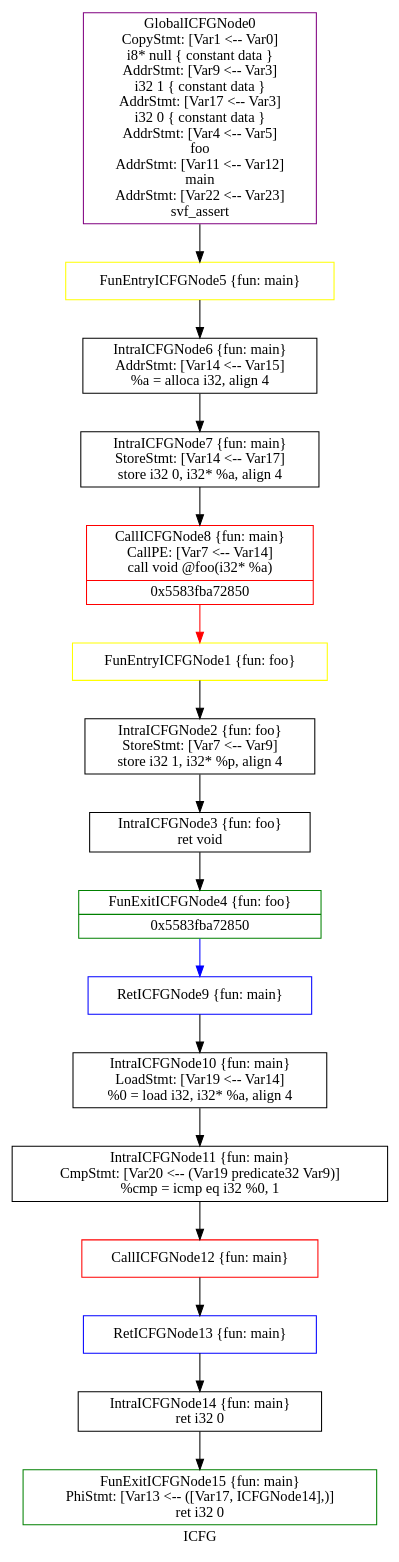
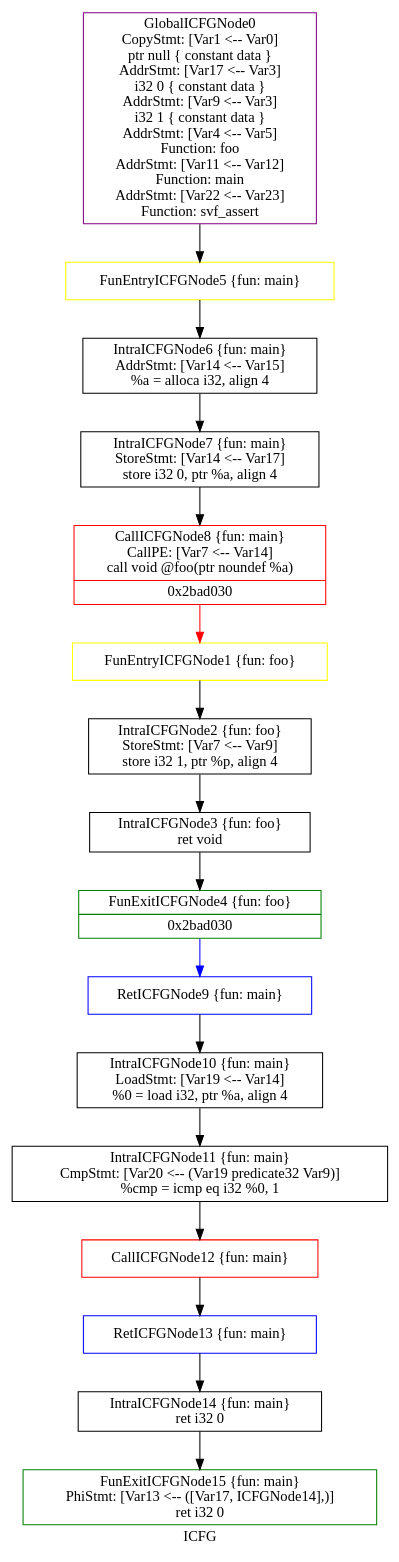
One commit to SVF-tools/Teaching-Software-Verification changed the diagram in Assignment-2/testcase/dot/test2.ll.icfg.dot. Above: the diagram before and after it, drawn with Graphviz. The commit also changed 14 other files, not shown here.

```diff
--- a/Assignment-2/testcase/dot/test2.ll.icfg.dot
+++ b/Assignment-2/testcase/dot/test2.ll.icfg.dot
@@ -1,35 +1,35 @@
 digraph "ICFG" {
 	label="ICFG";
 
-	Node0x5583fba82490 [shape=record,color=green,label="{FunExitICFGNode15 \{fun: main\}\nPhiStmt: [Var13 \<-- ([Var17, ICFGNode14],)]  \n   ret i32 0 }"];
-	Node0x5583fba822b0 [shape=record,color=black,label="{IntraICFGNode14 \{fun: main\}\n   ret i32 0 }"];
-	Node0x5583fba822b0 -> Node0x5583fba82490[style=solid];
-	Node0x5583fba81ff0 [shape=record,color=blue,label="{RetICFGNode13 \{fun: main\}}"];
-	Node0x5583fba81ff0 -> Node0x5583fba822b0[style=solid];
-	Node0x5583fba6eb10 [shape=record,color=purple,label="{GlobalICFGNode0\nCopyStmt: [Var1 \<-- Var0]  \n i8* null \{ constant data \}\nAddrStmt: [Var9 \<-- Var3]  \n i32 1 \{ constant data \}\nAddrStmt: [Var17 \<-- Var3]  \n i32 0 \{ constant data \}\nAddrStmt: [Var4 \<-- Var5]  \n foo \nAddrStmt: [Var11 \<-- Var12]  \n main \nAddrStmt: [Var22 \<-- Var23]  \n svf_assert }"];
-	Node0x5583fba6eb10 -> Node0x5583fba85140[style=solid];
-	Node0x5583fba72b50 [shape=record,color=yellow,label="{FunEntryICFGNode1 \{fun: foo\}}"];
-	Node0x5583fba72b50 -> Node0x5583fba84c30[style=solid];
-	Node0x5583fba84c30 [shape=record,color=black,label="{IntraICFGNode2 \{fun: foo\}\nStoreStmt: [Var7 \<-- Var9]  \n   store i32 1, i32* %p, align 4 }"];
-	Node0x5583fba84c30 -> Node0x5583fba85020[style=solid];
-	Node0x5583fba85020 [shape=record,color=black,label="{IntraICFGNode3 \{fun: foo\}\n   ret void }"];
-	Node0x5583fba85020 -> Node0x5583fba73080[style=solid];
-	Node0x5583fba73080 [shape=record,color=green,label="{FunExitICFGNode4 \{fun: foo\}|{<s0>0x5583fba72850}}"];
-	Node0x5583fba73080:s0 -> Node0x5583fbaa4660[style=solid,color=blue];
-	Node0x5583fba85140 [shape=record,color=yellow,label="{FunEntryICFGNode5 \{fun: main\}}"];
-	Node0x5583fba85140 -> Node0x5583fba92480[style=solid];
-	Node0x5583fba92480 [shape=record,color=black,label="{IntraICFGNode6 \{fun: main\}\nAddrStmt: [Var14 \<-- Var15]  \n   %a = alloca i32, align 4 }"];
-	Node0x5583fba92480 -> Node0x5583fba81860[style=solid];
-	Node0x5583fba81860 [shape=record,color=black,label="{IntraICFGNode7 \{fun: main\}\nStoreStmt: [Var14 \<-- Var17]  \n   store i32 0, i32* %a, align 4 }"];
-	Node0x5583fba81860 -> Node0x5583fba71ec0[style=solid];
-	Node0x5583fba71ec0 [shape=record,color=red,label="{CallICFGNode8 \{fun: main\}\nCallPE: [Var7 \<-- Var14]  \n   call void @foo(i32* %a) |{<s0>0x5583fba72850}}"];
-	Node0x5583fba71ec0:s0 -> Node0x5583fba72b50[style=solid,color=red];
-	Node0x5583fbaa4660 [shape=record,color=blue,label="{RetICFGNode9 \{fun: main\}}"];
-	Node0x5583fbaa4660 -> Node0x5583fba81bd0[style=solid];
-	Node0x5583fba81bd0 [shape=record,color=black,label="{IntraICFGNode10 \{fun: main\}\nLoadStmt: [Var19 \<-- Var14]  \n   %0 = load i32, i32* %a, align 4 }"];
-	Node0x5583fba81bd0 -> Node0x5583fba81db0[style=solid];
-	Node0x5583fba81db0 [shape=record,color=black,label="{IntraICFGNode11 \{fun: main\}\nCmpStmt: [Var20 \<-- (Var19 predicate32 Var9)]  \n   %cmp = icmp eq i32 %0, 1 }"];
-	Node0x5583fba81db0 -> Node0x5583fba88200[style=solid];
-	Node0x5583fba88200 [shape=record,color=red,label="{CallICFGNode12 \{fun: main\}}"];
-	Node0x5583fba88200 -> Node0x5583fba81ff0[style=solid];
+	Node0x2bdb7f0 [shape=record,color=purple,label="{GlobalICFGNode0\nCopyStmt: [Var1 \<-- Var0]  \n ptr null \{ constant data \}\nAddrStmt: [Var17 \<-- Var3]  \n i32 0 \{ constant data \}\nAddrStmt: [Var9 \<-- Var3]  \n i32 1 \{ constant data \}\nAddrStmt: [Var4 \<-- Var5]  \nFunction: foo \nAddrStmt: [Var11 \<-- Var12]  \nFunction: main \nAddrStmt: [Var22 \<-- Var23]  \nFunction: svf_assert }"];
+	Node0x2bdb7f0 -> Node0x2b82780[style=solid];
+	Node0x2be6e00 [shape=record,color=yellow,label="{FunEntryICFGNode1 \{fun: foo\}}"];
+	Node0x2be6e00 -> Node0x2b91cd0[style=solid];
+	Node0x2b91cd0 [shape=record,color=black,label="{IntraICFGNode2 \{fun: foo\}\nStoreStmt: [Var7 \<-- Var9]  \n   store i32 1, ptr %p, align 4 }"];
+	Node0x2b91cd0 -> Node0x2bcbeb0[style=solid];
+	Node0x2bcbeb0 [shape=record,color=black,label="{IntraICFGNode3 \{fun: foo\}\n   ret void }"];
+	Node0x2bcbeb0 -> Node0x2b866b0[style=solid];
+	Node0x2b866b0 [shape=record,color=green,label="{FunExitICFGNode4 \{fun: foo\}|{<s0>0x2bad030}}"];
+	Node0x2b866b0:s0 -> Node0x2b7af30[style=solid,color=blue];
+	Node0x2b82780 [shape=record,color=yellow,label="{FunEntryICFGNode5 \{fun: main\}}"];
+	Node0x2b82780 -> Node0x2b871c0[style=solid];
+	Node0x2b871c0 [shape=record,color=black,label="{IntraICFGNode6 \{fun: main\}\nAddrStmt: [Var14 \<-- Var15]  \n   %a = alloca i32, align 4 }"];
+	Node0x2b871c0 -> Node0x2bc3680[style=solid];
+	Node0x2bc3680 [shape=record,color=black,label="{IntraICFGNode7 \{fun: main\}\nStoreStmt: [Var14 \<-- Var17]  \n   store i32 0, ptr %a, align 4 }"];
+	Node0x2bc3680 -> Node0x2bfedc0[style=solid];
+	Node0x2bfedc0 [shape=record,color=red,label="{CallICFGNode8 \{fun: main\}\nCallPE: [Var7 \<-- Var14]  \n   call void @foo(ptr noundef %a) |{<s0>0x2bad030}}"];
+	Node0x2bfedc0:s0 -> Node0x2be6e00[style=solid,color=red];
+	Node0x2b7af30 [shape=record,color=blue,label="{RetICFGNode9 \{fun: main\}}"];
+	Node0x2b7af30 -> Node0x2bfb6a0[style=solid];
+	Node0x2bfb6a0 [shape=record,color=black,label="{IntraICFGNode10 \{fun: main\}\nLoadStmt: [Var19 \<-- Var14]  \n   %0 = load i32, ptr %a, align 4 }"];
+	Node0x2bfb6a0 -> Node0x2c094b0[style=solid];
+	Node0x2c094b0 [shape=record,color=black,label="{IntraICFGNode11 \{fun: main\}\nCmpStmt: [Var20 \<-- (Var19 predicate32 Var9)]  \n   %cmp = icmp eq i32 %0, 1 }"];
+	Node0x2c094b0 -> Node0x2b86d80[style=solid];
+	Node0x2b86d80 [shape=record,color=red,label="{CallICFGNode12 \{fun: main\}}"];
+	Node0x2b86d80 -> Node0x2b75380[style=solid];
+	Node0x2b75380 [shape=record,color=blue,label="{RetICFGNode13 \{fun: main\}}"];
+	Node0x2b75380 -> Node0x2bf6330[style=solid];
+	Node0x2bf6330 [shape=record,color=black,label="{IntraICFGNode14 \{fun: main\}\n   ret i32 0 }"];
+	Node0x2bf6330 -> Node0x2bdbb70[style=solid];
+	Node0x2bdbb70 [shape=record,color=green,label="{FunExitICFGNode15 \{fun: main\}\nPhiStmt: [Var13 \<-- ([Var17, ICFGNode14],)]  \n   ret i32 0 }"];
 }
```
